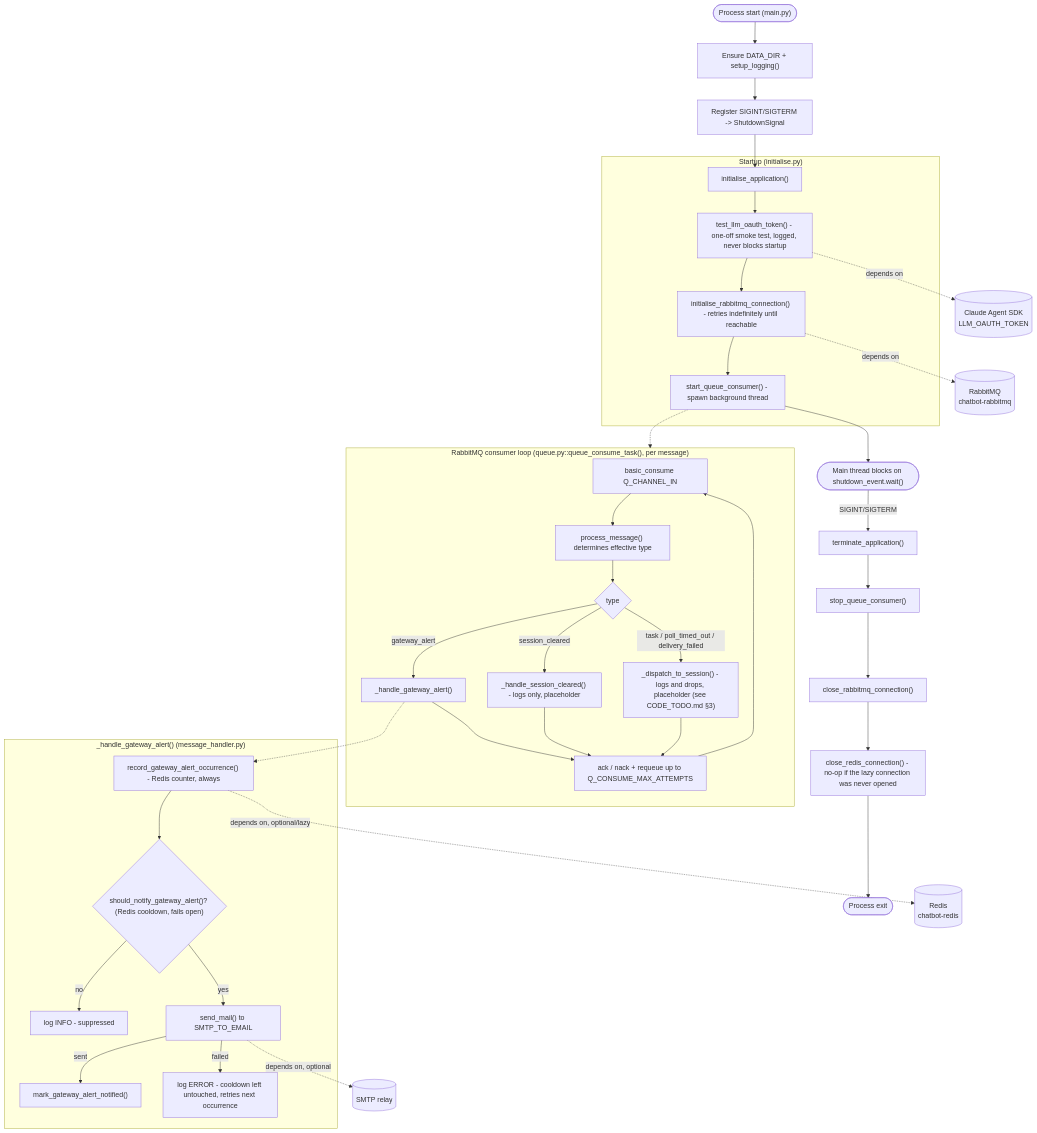
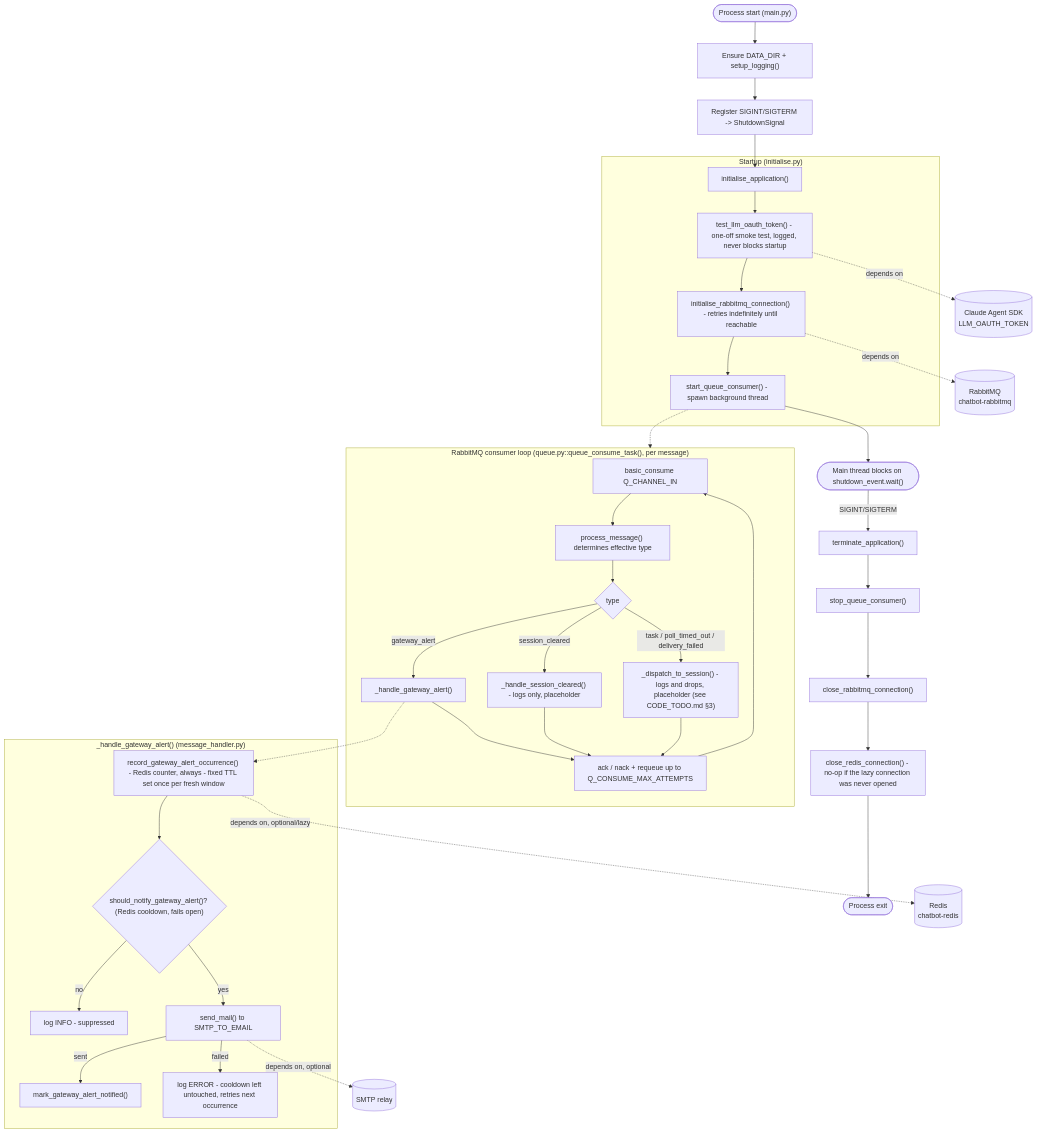
One commit to SorinoSSK/server-ai-chatbot-setup changed the diagram in bot_sanctuary/README.md. Above: the diagram before and after it, drawn with Mermaid. The commit also changed other lines of this file and 11 other files, not shown here.

Commit message:
Modified telegram_gateway's Redis retry and added Redis to bot_sanctuary.

````diff
--- a/bot_sanctuary/README.md
+++ b/bot_sanctuary/README.md
@@ -191,49 +192,49 @@
 ```mermaid
 flowchart TD
 
     Start(["Process start (main.py)"]) --> Setup["Ensure DATA_DIR + setup_logging()"]
     Setup --> Signals["Register SIGINT/SIGTERM -> ShutdownSignal"]
     Signals --> Init["initialise_application()"]
 
     subgraph INIT["Startup (initialise.py)"]
         Init --> LLMTest["test_llm_oauth_token() - one-off smoke test, logged, never blocks startup"]
         LLMTest --> RMQ["initialise_rabbitmq_connection() - retries indefinitely until reachable"]
         RMQ --> Consumer["start_queue_consumer() - spawn background thread"]
     end
 
     Consumer --> Block(["Main thread blocks on shutdown_event.wait()"])
     Consumer -.-> QLoop
 
     subgraph QLoop["RabbitMQ consumer loop (queue.py::queue_consume_task(), per message)"]
         Q1["basic_consume Q_CHANNEL_IN"] --> Q2["process_message() determines effective type"]
         Q2 --> Q3{"type"}
         Q3 -- gateway_alert --> GA["_handle_gateway_alert()"]
         Q3 -- session_cleared --> SC["_handle_session_cleared() - logs only, placeholder"]
         Q3 -- "task / poll_timed_out / delivery_failed" --> SR["_dispatch_to_session() - logs and drops, placeholder (see CODE_TODO.md §3)"]
         GA --> Q4["ack / nack + requeue up to Q_CONSUME_MAX_ATTEMPTS"]
         SC --> Q4
         SR --> Q4
         Q4 --> Q1
     end
 
     GA -.-> GA1
 
     subgraph GAFlow["_handle_gateway_alert() (message_handler.py)"]
-        GA1["record_gateway_alert_occurrence() - Redis counter, always"] --> GA2{"should_notify_gateway_alert()? (Redis cooldown, fails open)"}
+        GA1["record_gateway_alert_occurrence() - Redis counter, always - fixed TTL set once per fresh window"] --> GA2{"should_notify_gateway_alert()? (Redis cooldown, fails open)"}
         GA2 -- no --> GA3["log INFO - suppressed"]
         GA2 -- yes --> GA4["send_mail() to SMTP_TO_EMAIL"]
         GA4 -- sent --> GA5["mark_gateway_alert_notified()"]
         GA4 -- failed --> GA6["log ERROR - cooldown left untouched, retries next occurrence"]
     end
 
     Block -- "SIGINT/SIGTERM" --> Term["terminate_application()"]
     Term --> S1["stop_queue_consumer()"]
     S1 --> S2["close_rabbitmq_connection()"]
     S2 --> S3["close_redis_connection() - no-op if the lazy connection was never opened"]
     S3 --> Exit(["Process exit"])
 
     RMQ -.->|depends on| RabbitMQ[("RabbitMQ\nchatbot-rabbitmq")]
     LLMTest -.->|depends on| Claude[("Claude Agent SDK\nLLM_OAUTH_TOKEN")]
     GA4 -.->|depends on, optional| SMTP[("SMTP relay")]
     GA1 -.->|depends on, optional/lazy| Redis[("Redis\nchatbot-redis")]
 ```
````
